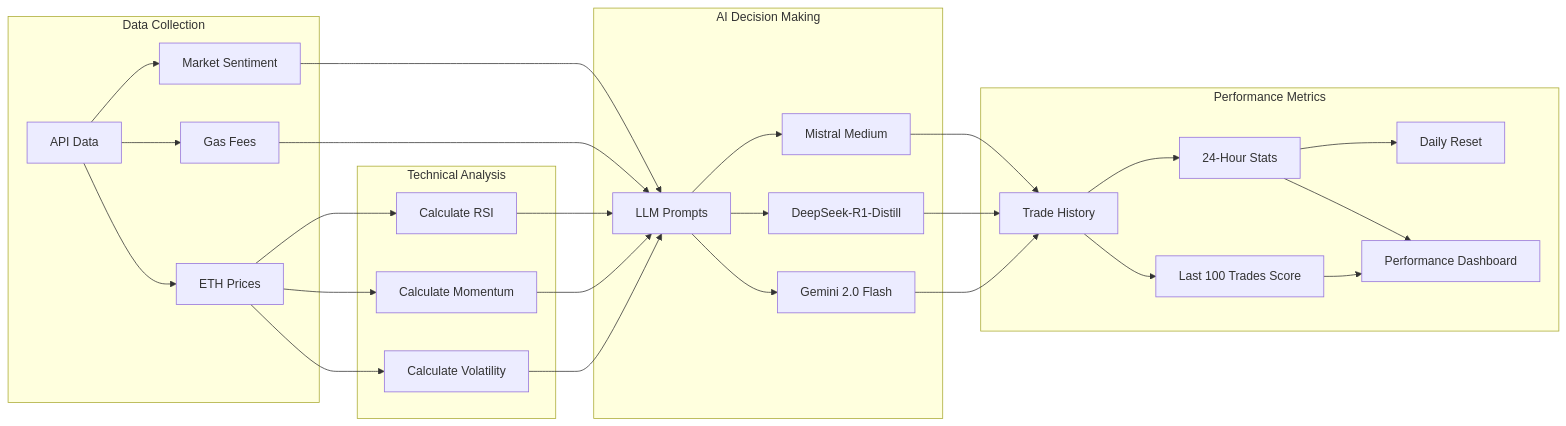
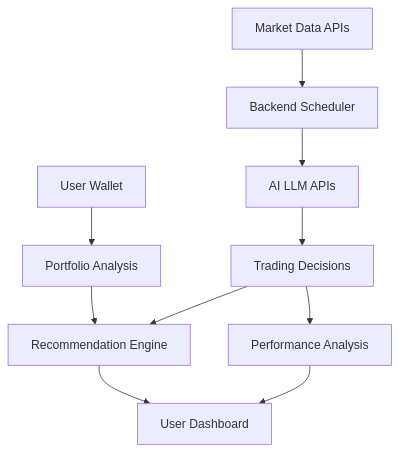
Before and after one commit to Qbandev/stbchef: the diagram in README.md, drawn with Mermaid. The commit also changed other lines of this file and 4 other files, not shown here.

````diff
--- a/README.md
+++ b/README.md
@@ -151,36 +61,12 @@
 ```mermaid
-graph LR
-    subgraph Data Collection
-        A[API Data] --> B[ETH Prices]
-        A --> C[Gas Fees]
-        A --> D[Market Sentiment]
-    end
-
-    subgraph Technical Analysis
-        B --> E[Calculate Volatility]
-        B --> F[Calculate Momentum]
-        B --> G[Calculate RSI]
-    end
-
-    subgraph AI Decision Making
-        E --> H[LLM Prompts]
-        F --> H
-        G --> H
-        C --> H
-        D --> H
-        H --> I[Gemini 2.0 Flash]
-        H --> J[DeepSeek-R1-Distill]
-        H --> K[Mistral Medium]
-    end
-
-    subgraph Performance Metrics
-        I --> L[Trade History]
-        J --> L
-        K --> L
-        L --> M[Last 100 Trades Score]
-        L --> N[24-Hour Stats]
-        N --> O[Daily Reset]
-        M --> P[Performance Dashboard]
-        N --> P
-    end
+graph TD
+    A[Market Data APIs] --> B[Backend Scheduler]
+    B --> C[AI LLM APIs]
+    C --> D[Trading Decisions]
+    D --> E[Performance Analysis]
+    F[User Wallet] --> G[Portfolio Analysis]
+    G --> H[Recommendation Engine]
+    D --> H
+    H --> I[User Dashboard]
+    E --> I
 ```
````
